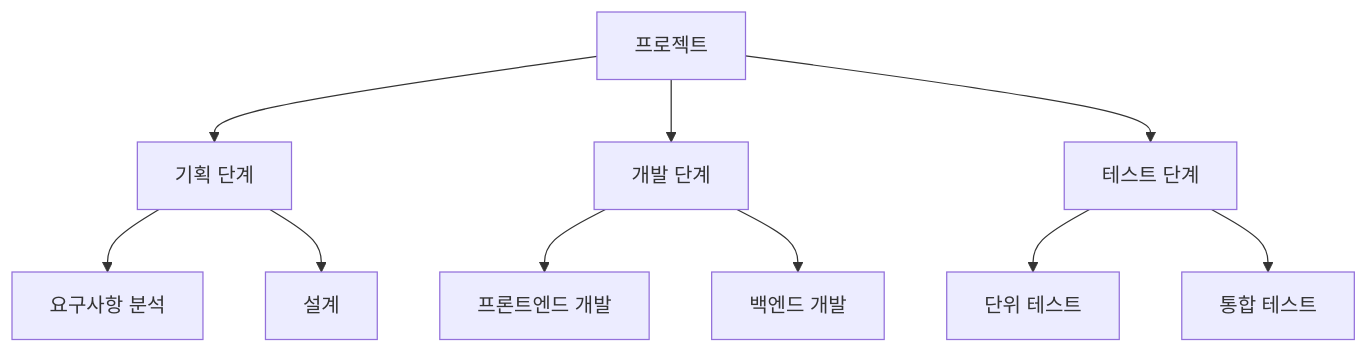
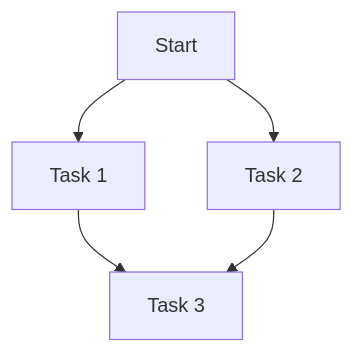
The first of 2 diagrams in test.md (Donggyu-Kim1/Marp), drawn with Mermaid before and after one commit. The commit also changed other lines of this file and 1 other file, not shown here.

Commit message:
when export file, fail to WBS visualization

```diff
--- a/test.md
+++ b/test.md
@@ -108,12 +109,7 @@
 <div class="mermaid">
 graph TD
-    A[프로젝트] --> B[기획 단계]
-    A --> C[개발 단계]
-    A --> D[테스트 단계]
-    B --> B1[요구사항 분석]
-    B --> B2[설계]
-    C --> C1[프론트엔드 개발]
-    C --> C2[백엔드 개발]
-    D --> D1[단위 테스트]
-    D --> D2[통합 테스트]
+    A[Start] --> B[Task 1]
+    A --> C[Task 2]
+    B --> D[Task 3]
+    C --> D
 </div>
```
